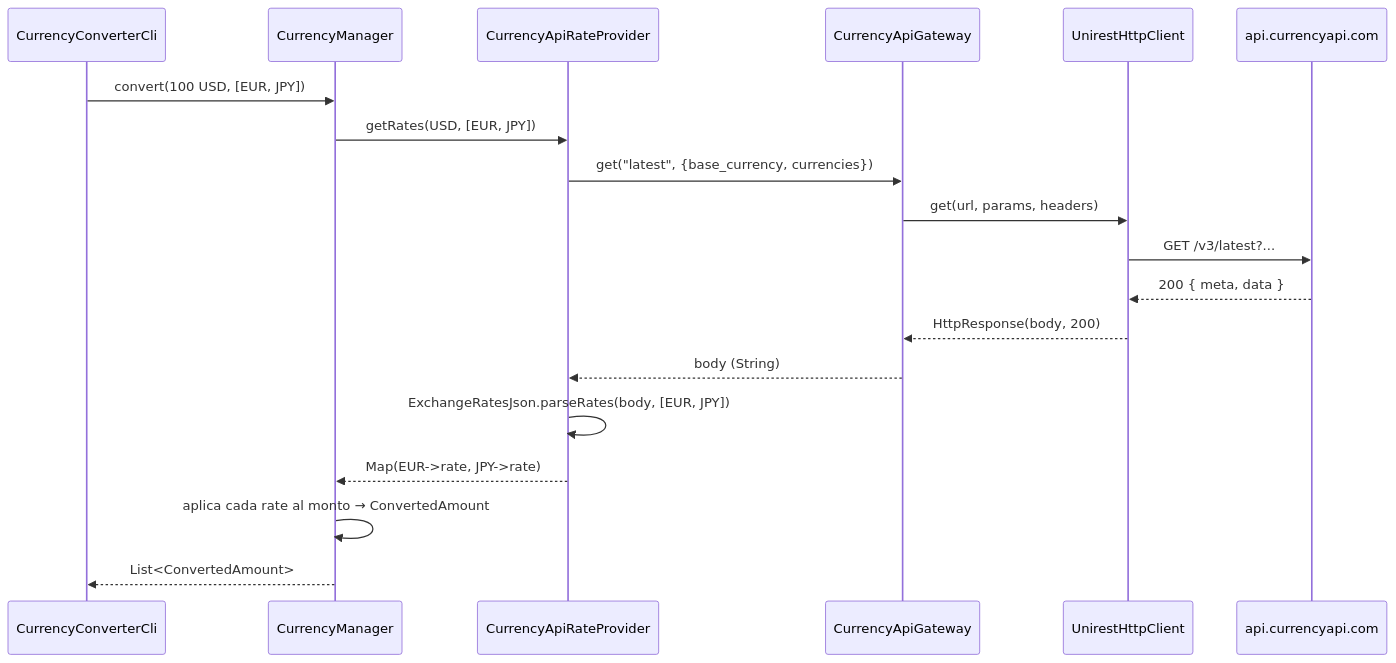
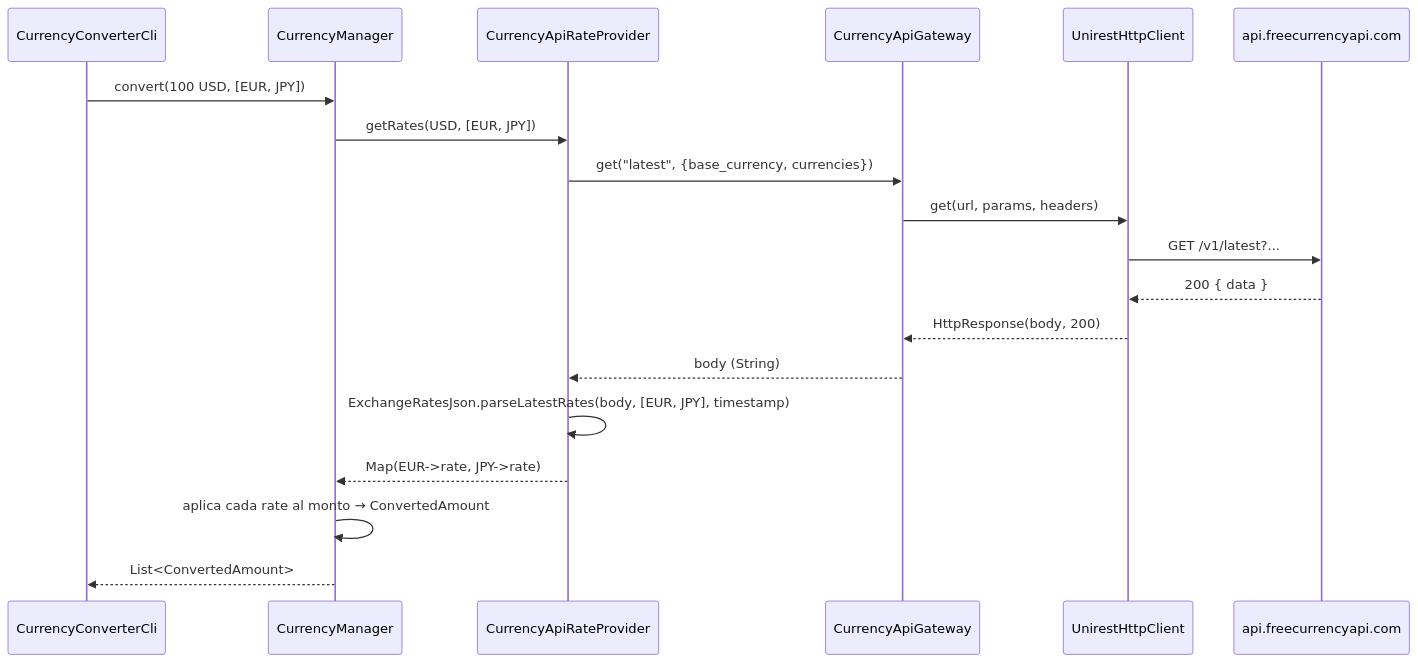
Before and after one commit to Pablo-Goros/dps_tp1: the fifth of 8 diagrams in ARQUITECTURA.md, drawn with Mermaid. The commit also changed other lines of this file, not shown here.

Commit message:
docs: align architecture with FreeCurrencyAPI

````diff
--- a/ARQUITECTURA.md
+++ b/ARQUITECTURA.md
@@ -291,22 +292,22 @@
 ```mermaid
 sequenceDiagram
     participant Cli as CurrencyConverterCli
     participant Mgr as CurrencyManager
     participant Rp as CurrencyApiRateProvider
     participant Gw as CurrencyApiGateway
     participant Http as UnirestHttpClient
-    participant Api as api.currencyapi.com
+    participant Api as api.freecurrencyapi.com
 
     Cli->>Mgr: convert(100 USD, [EUR, JPY])
     Mgr->>Rp: getRates(USD, [EUR, JPY])
     Rp->>Gw: get("latest", {base_currency, currencies})
     Gw->>Http: get(url, params, headers)
-    Http->>Api: GET /v3/latest?...
-    Api-->>Http: 200 { meta, data }
+    Http->>Api: GET /v1/latest?...
+    Api-->>Http: 200 { data }
     Http-->>Gw: HttpResponse(body, 200)
     Gw-->>Rp: body (String)
-    Rp->>Rp: ExchangeRatesJson.parseRates(body, [EUR, JPY])
+    Rp->>Rp: ExchangeRatesJson.parseLatestRates(body, [EUR, JPY], timestamp)
     Rp-->>Mgr: Map(EUR->rate, JPY->rate)
     Mgr->>Mgr: aplica cada rate al monto → ConvertedAmount
     Mgr-->>Cli: List<ConvertedAmount>
 ```
````
